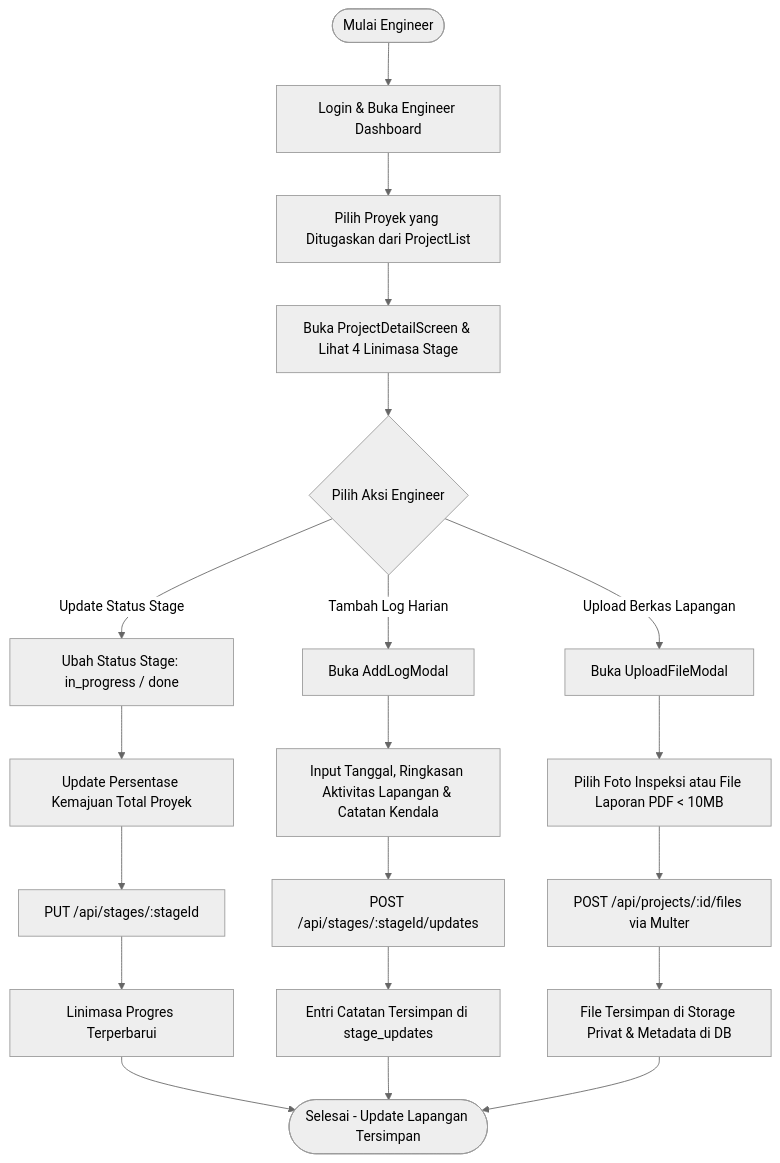
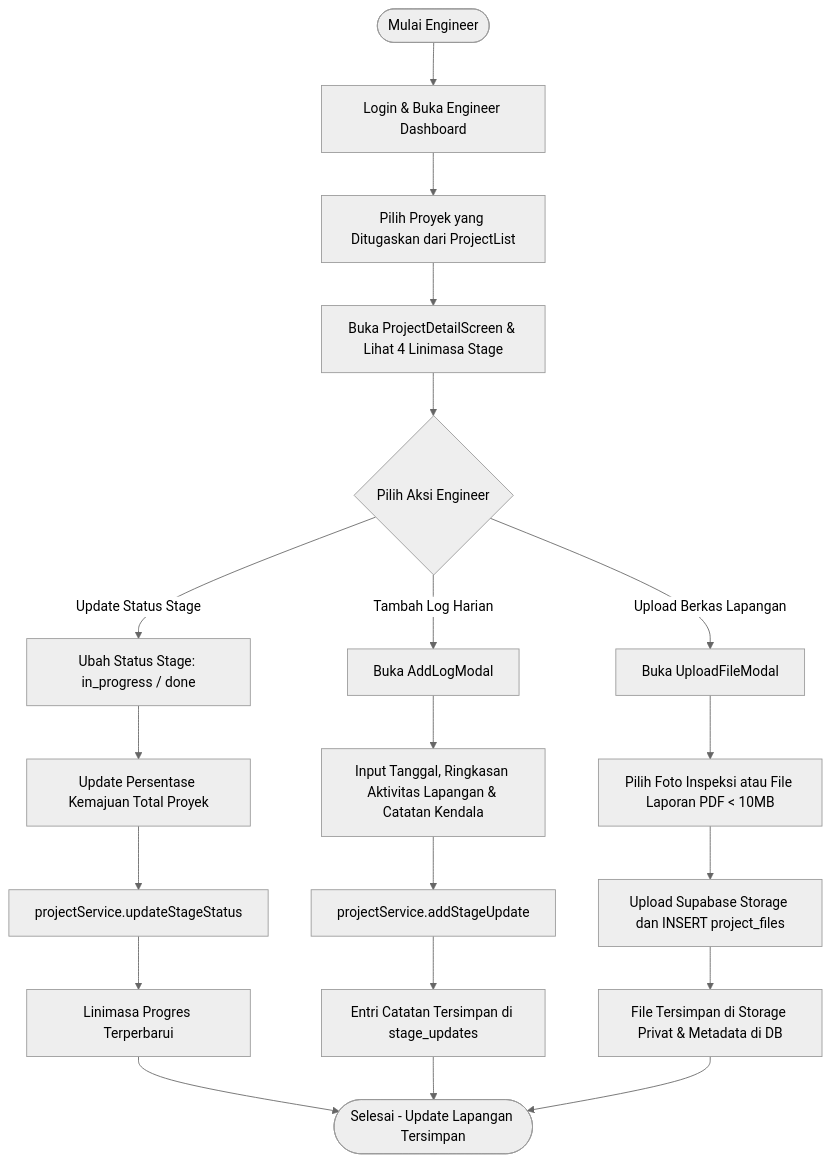
The third of 3 diagrams in docs/03_Architecture_Design/UML/Activity.md (fajar-dev/gsi-one), drawn with Mermaid (neutral theme) before and after one commit. The commit also changed other lines of this file and 213 other files, not shown here.

````diff
--- a/docs/03_Architecture_Design/UML/Activity.md
+++ b/docs/03_Architecture_Design/UML/Activity.md
@@ -73,24 +73,24 @@
 ```mermaid
 flowchart TD
     Start([Mulai Engineer]) --> A[Login & Buka Engineer Dashboard]
     A --> B[Pilih Proyek yang Ditugaskan dari ProjectList]
     B --> C[Buka ProjectDetailScreen & Lihat 4 Linimasa Stage]
     C --> D{Pilih Aksi Engineer}
     
     D -->|Update Status Stage| E[Ubah Status Stage: in_progress / done]
     E --> F[Update Persentase Kemajuan Total Proyek]
-    F --> G[PUT /api/stages/:stageId]
+    F --> G[projectService.updateStageStatus]
     G --> H[Linimasa Progres Terperbarui]
     
     D -->|Tambah Log Harian| I[Buka AddLogModal]
     I --> J[Input Tanggal, Ringkasan Aktivitas Lapangan & Catatan Kendala]
-    J --> K[POST /api/stages/:stageId/updates]
+    J --> K[projectService.addStageUpdate]
     K --> L[Entri Catatan Tersimpan di stage_updates]
     
     D -->|Upload Berkas Lapangan| M[Buka UploadFileModal]
     M --> N[Pilih Foto Inspeksi atau File Laporan PDF < 10MB]
-    N --> O[POST /api/projects/:id/files via Multer]
+    N --> O[Upload Supabase Storage dan INSERT project_files]
     O --> P[File Tersimpan di Storage Privat & Metadata di DB]
     
     H & L & P --> End([Selesai - Update Lapangan Tersimpan])
 ```
````
